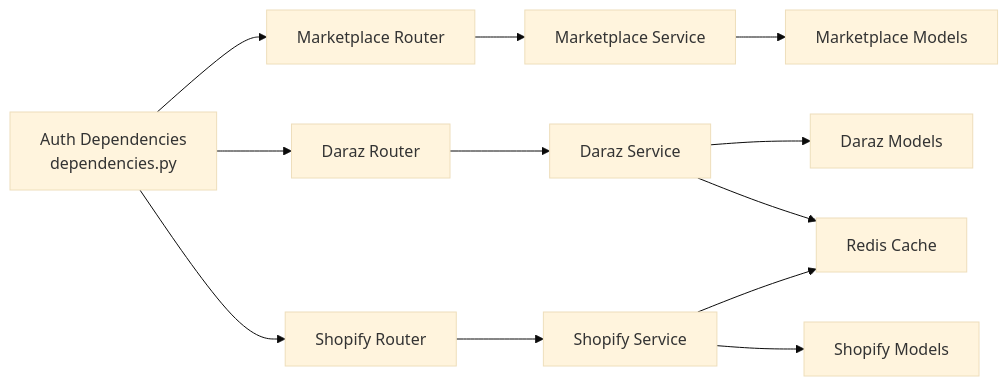
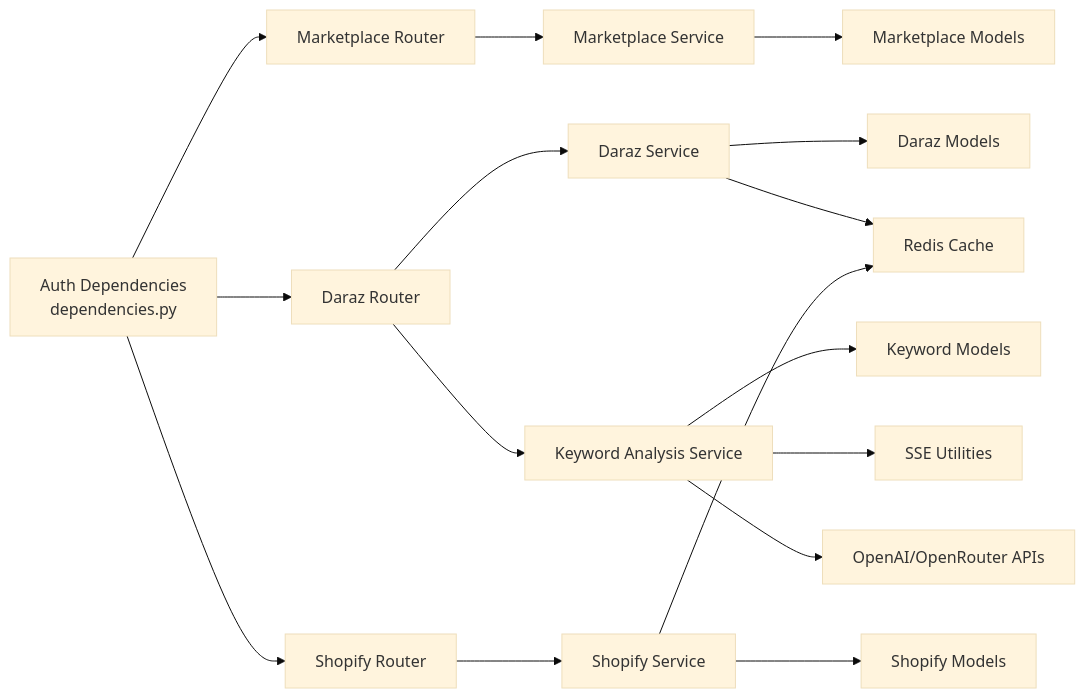
One commit to Muhammad-Masood/tijarah-ai-backend changed the third of 3 diagrams in .qoder/repowiki/en/content/API Reference/Marketplace Integration API/Marketplace Integration API.md. Above: the diagram before and after it, drawn with Mermaid (base theme). The commit also changed other lines of this file and 17 other files, not shown here.

````diff
--- a/.qoder/repowiki/en/content/API Reference/Marketplace Integration API/Marketplace Integration API.md
+++ b/.qoder/repowiki/en/content/API Reference/Marketplace Integration API/Marketplace Integration API.md
@@ -328,14 +420,18 @@
 ```mermaid
 graph LR
 Deps["Auth Dependencies<br/>dependencies.py"] --> MR["Marketplace Router"]
 Deps --> DR["Daraz Router"]
 Deps --> SR["Shopify Router"]
 MR --> MSvc["Marketplace Service"]
 DR --> DSvc["Daraz Service"]
+DR --> KASvc["Keyword Analysis Service"]
 SR --> SSVc["Shopify Service"]
 MSvc --> DBM["Marketplace Models"]
 DSvc --> DM["Daraz Models"]
+KASvc --> KM["Keyword Models"]
 SSVc --> SM["Shopify Models"]
 DSvc --> RC["Redis Cache"]
 SSVc --> RC
+KASvc --> SSE["SSE Utilities"]
+KASvc --> AI["OpenAI/OpenRouter APIs"]
 ```
````
